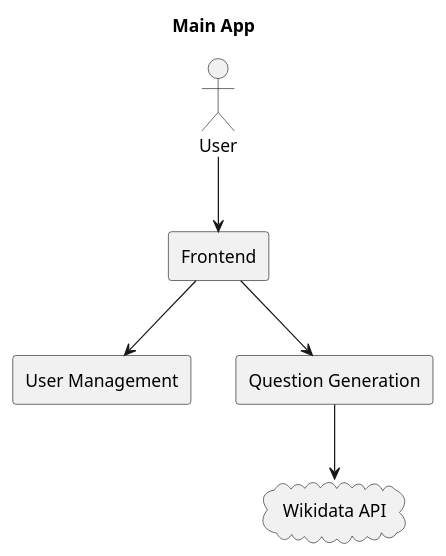
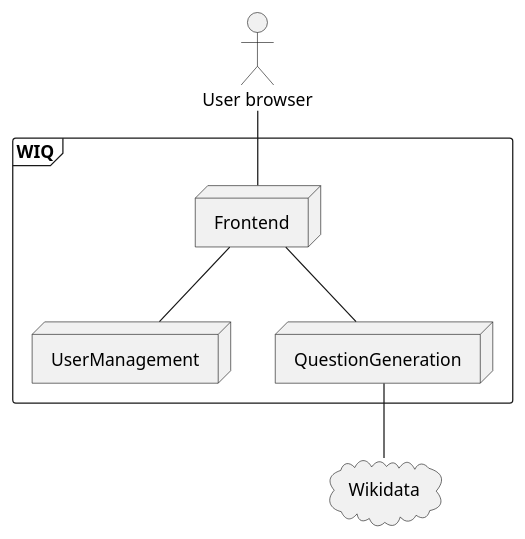
The second of 4 diagrams in docs/src/05_building_block_view.adoc (UO289930/wiq_en3a), drawn with PlantUML before and after one commit.

Commit message:
Level 1 Diagram Enchanced

```diff
--- a/docs/src/05_building_block_view.adoc
+++ b/docs/src/05_building_block_view.adoc
@@ -180,22 +182,15 @@
-[plantuml, format="png"]
-----
-@startuml
-title Main App
+[plantuml, format=png]
+....
+actor user as "User browser"
+frame WIQ {
+    node Frontend
+    node UserManagement
+    node QuestionGeneration
+}
+cloud Wikidata as "Wikidata"
 
-' Define custom style for components
-skinparam componentStyle uml2
-
-' Define components as rectangles without default stereotypes
-rectangle Frontend
-rectangle "User Management" as UserManagement
-rectangle "Question Generation" as QuestionGeneration
-cloud "Wikidata API" as WikidataAPI
-actor "User" as User
-
-' Define connections
-User --> Frontend
-Frontend --> UserManagement
-Frontend --> QuestionGeneration
-QuestionGeneration --> WikidataAPI
-@enduml
-----
+user -- Frontend
+Frontend -- UserManagement
+Frontend -- QuestionGeneration
+QuestionGeneration -- Wikidata
+....
```
